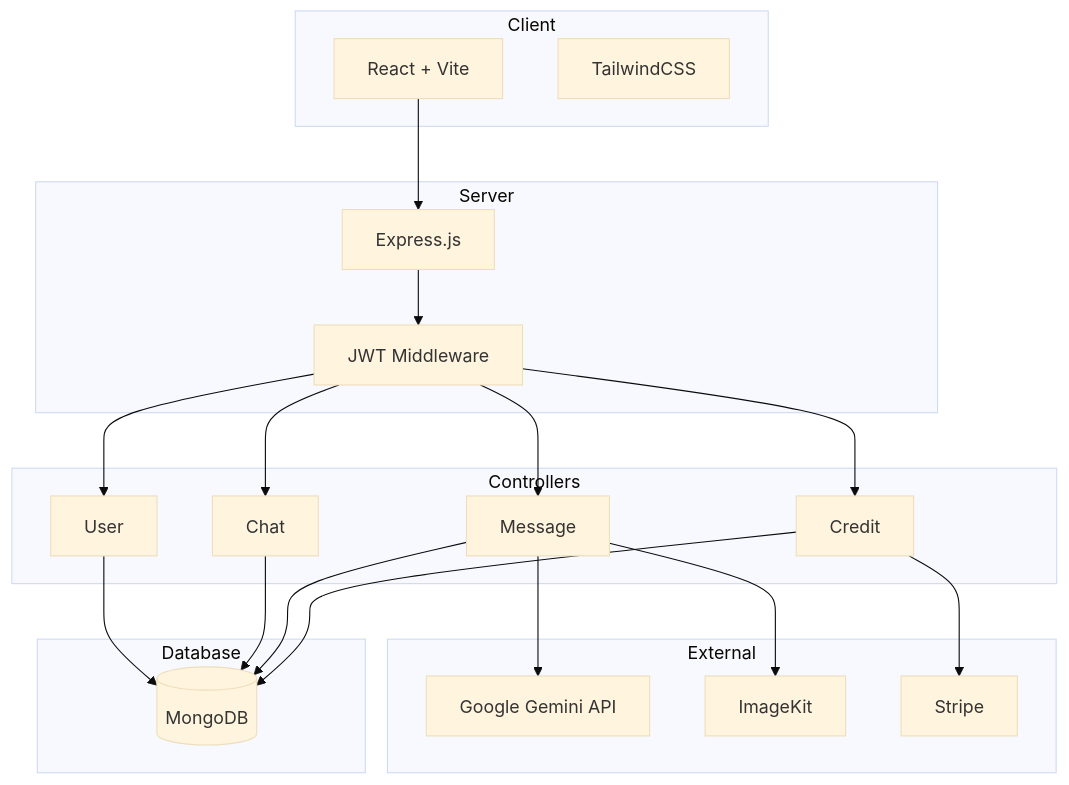
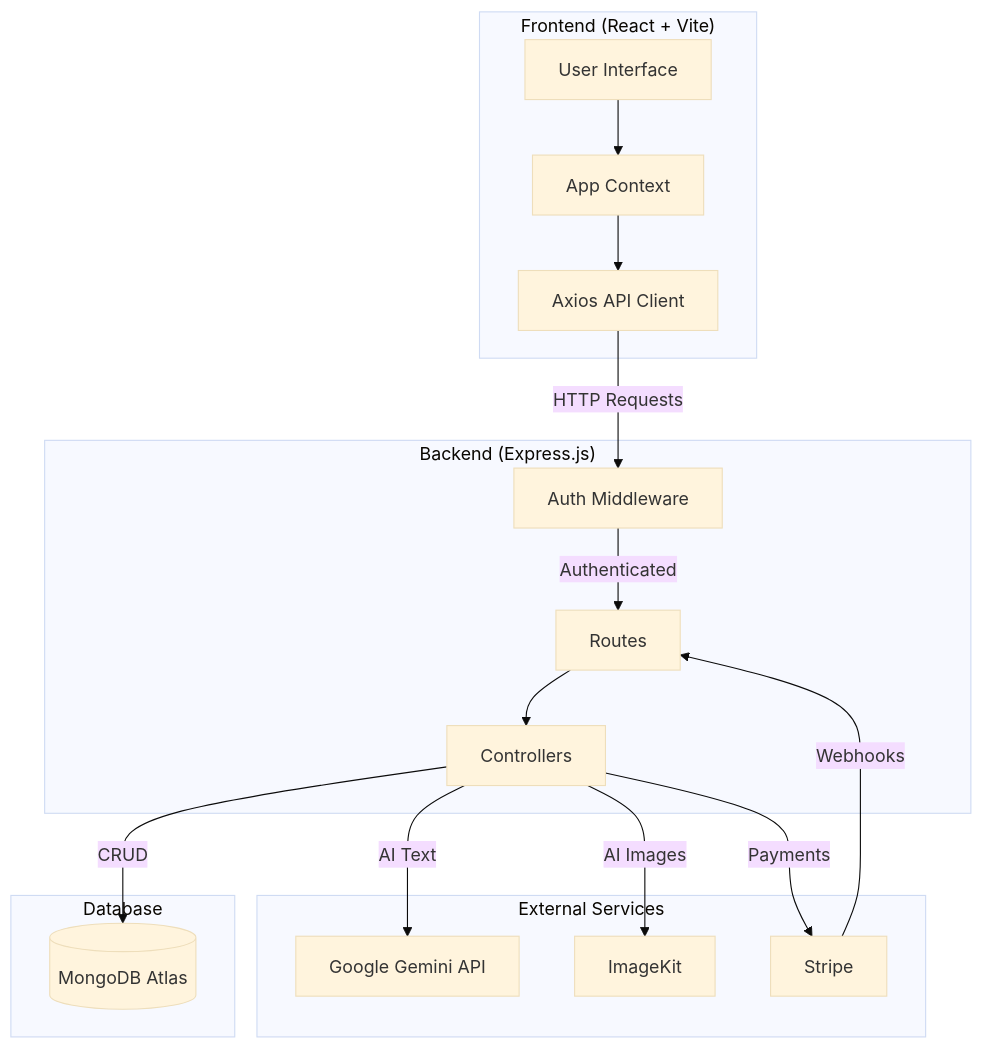
One commit to VIKRAMANR7/AuroraAI changed the first of 10 diagrams in README.md. Above: the diagram before and after it, drawn with Mermaid (base theme). The commit also changed other lines of this file and 5 other files, not shown here.

````diff
--- a/README.md
+++ b/README.md
@@ -24,43 +107,35 @@
 ```mermaid
-graph TB
-    subgraph Client
-        A[React + Vite]
-        B[TailwindCSS]
+flowchart TB
+    subgraph Client["Frontend (React + Vite)"]
+        UI[User Interface]
+        CTX[App Context]
+        API[Axios API Client]
     end
 
-    subgraph Server
-        C[Express.js]
-        D[JWT Middleware]
+    subgraph Server["Backend (Express.js)"]
+        MW[Auth Middleware]
+        RT[Routes]
+        CTRL[Controllers]
     end
 
-    subgraph Controllers
-        E[User]
-        F[Chat]
-        G[Message]
-        H[Credit]
+    subgraph External["External Services"]
+        GEMINI[Google Gemini API]
+        IMGKIT[ImageKit]
+        STRIPE[Stripe]
     end
 
-    subgraph External
-        I[Google Gemini API]
-        J[ImageKit]
-        K[Stripe]
+    subgraph Database["Database"]
+        MONGO[(MongoDB Atlas)]
     end
 
-    subgraph Database
-        L[(MongoDB)]
-    end
-
-    A --> C
-    C --> D
-    D --> E
-    D --> F
-    D --> G
-    D --> H
-    G --> I
-    G --> J
-    H --> K
-    E --> L
-    F --> L
-    G --> L
-    H --> L
+    UI --> CTX
+    CTX --> API
+    API -->|HTTP Requests| MW
+    MW -->|Authenticated| RT
+    RT --> CTRL
+    CTRL -->|AI Text| GEMINI
+    CTRL -->|AI Images| IMGKIT
+    CTRL -->|Payments| STRIPE
+    CTRL -->|CRUD| MONGO
+    STRIPE -->|Webhooks| RT
 ```
````
